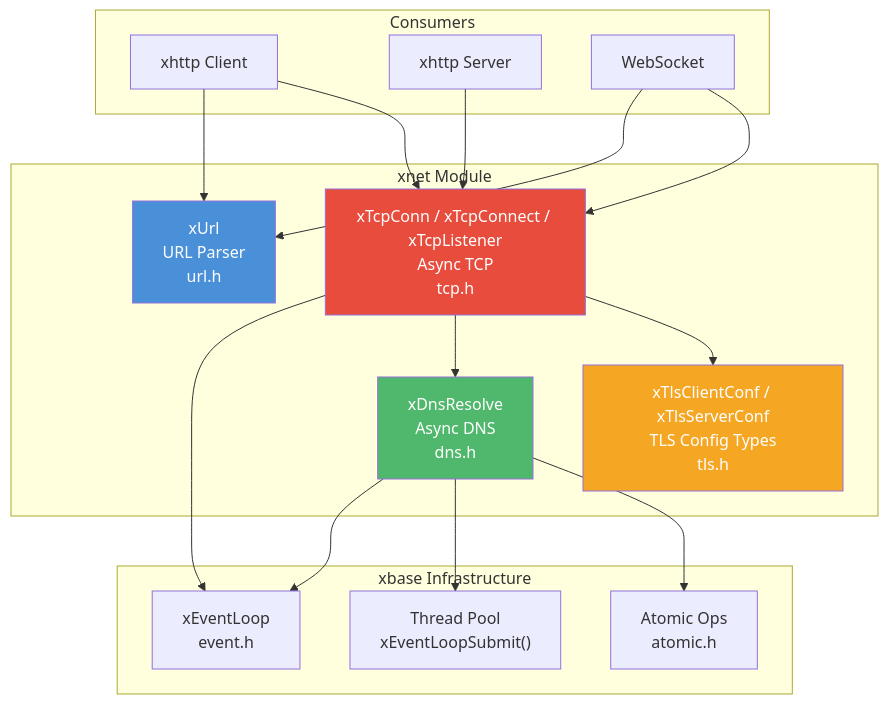
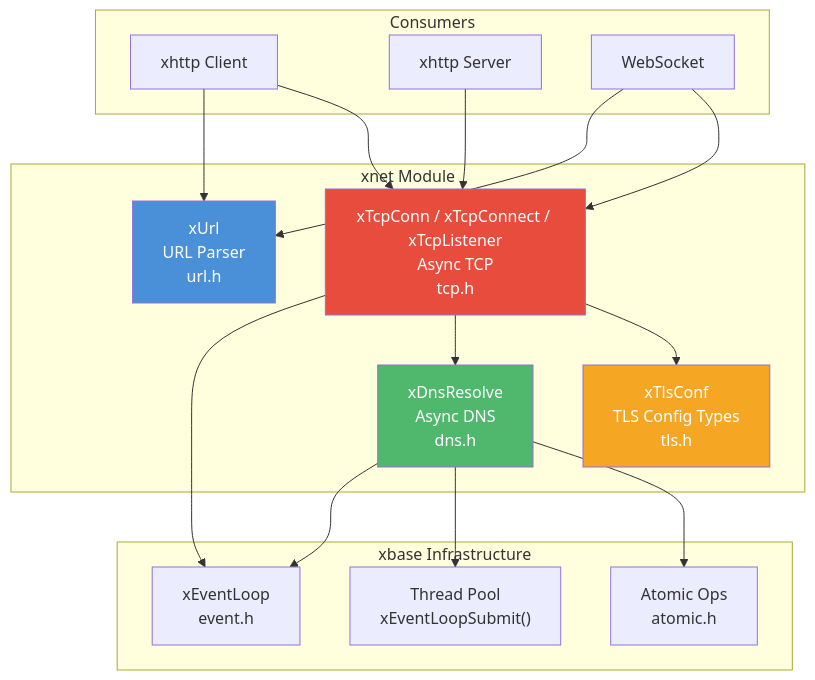
Before and after one commit to mivinci/DownloadKit: the diagram in docs/xnet/README.md, drawn with Mermaid. The commit also changed other lines of this file and 8 other files, not shown here.

First line of the commit message:
docs: update all documentation for unified xTlsConf

````diff
--- a/docs/xnet/README.md
+++ b/docs/xnet/README.md
@@ -19,39 +19,39 @@
 ```mermaid
 graph TD
     subgraph "xnet Module"
         URL["xUrl<br/>URL Parser<br/>url.h"]
         DNS["xDnsResolve<br/>Async DNS<br/>dns.h"]
-        TLS["xTlsClientConf / xTlsServerConf<br/>TLS Config Types<br/>tls.h"]
+        TLS["xTlsConf<br/>TLS Config Types<br/>tls.h"]
         TCP["xTcpConn / xTcpConnect / xTcpListener<br/>Async TCP<br/>tcp.h"]
     end
 
     subgraph "xbase Infrastructure"
         EV["xEventLoop<br/>event.h"]
         POOL["Thread Pool<br/>xEventLoopSubmit()"]
         ATOMIC["Atomic Ops<br/>atomic.h"]
     end
 
     subgraph "Consumers"
         HTTP_C["xhttp Client"]
         HTTP_S["xhttp Server"]
         WS["WebSocket"]
     end
 
     DNS --> EV
     DNS --> POOL
     DNS --> ATOMIC
     TCP --> EV
     TCP --> DNS
     TCP --> TLS
 
     HTTP_C --> URL
     HTTP_C --> TCP
     HTTP_S --> TCP
     WS --> URL
     WS --> TCP
 
     style URL fill:#4a90d9,color:#fff
     style DNS fill:#50b86c,color:#fff
     style TLS fill:#f5a623,color:#fff
     style TCP fill:#e74c3c,color:#fff
 ```
````
